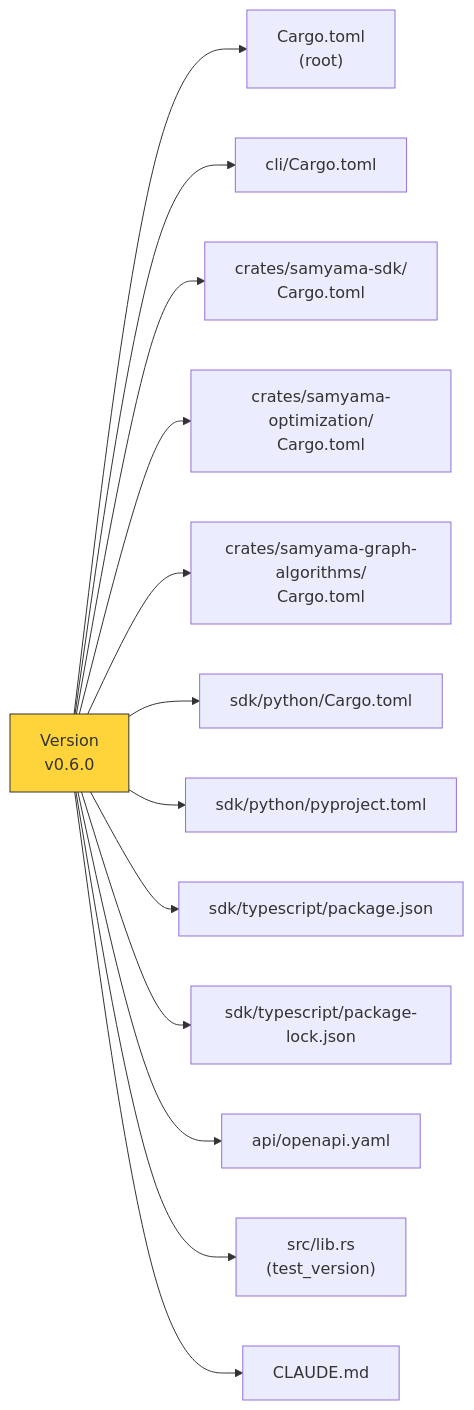
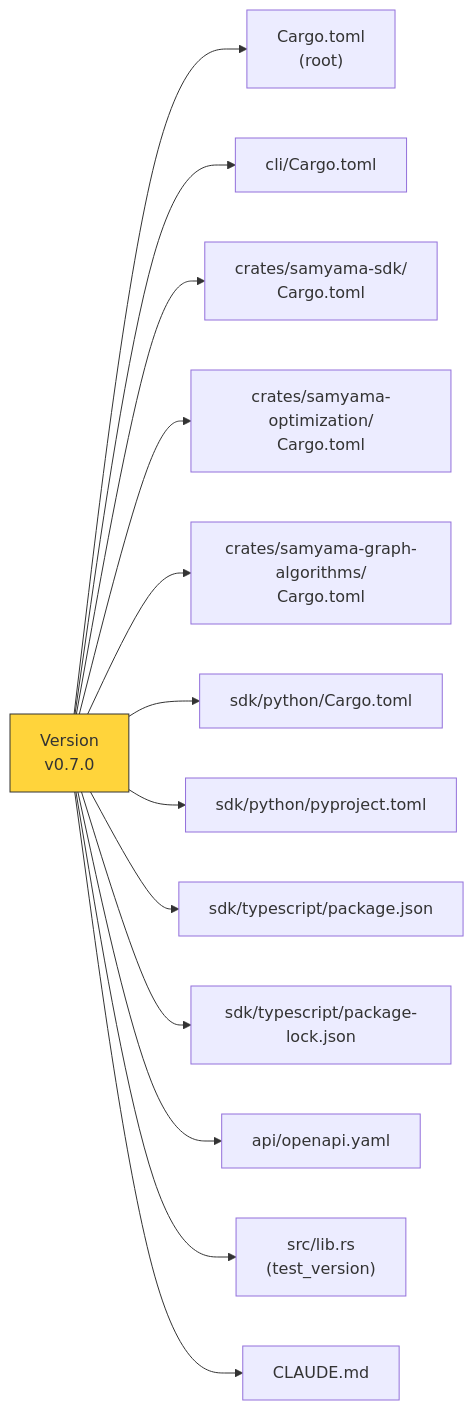
Before and after one commit to samyama-ai/samyama-graph-book: the eighth of 8 diagrams in src/ecosystem_architecture.md, drawn with Mermaid. The commit also changed 5 other files, not shown here.

````diff
--- a/src/ecosystem_architecture.md
+++ b/src/ecosystem_architecture.md
@@ -558,19 +558,19 @@
 ```mermaid
 graph LR
-    V["Version<br/>v0.6.0"]
+    V["Version<br/>v0.7.0"]
 
     V --> CT["Cargo.toml<br/>(root)"]
     V --> CLI["cli/Cargo.toml"]
     V --> SDKRS["crates/samyama-sdk/<br/>Cargo.toml"]
     V --> OPTC["crates/samyama-optimization/<br/>Cargo.toml"]
     V --> ALGOC["crates/samyama-graph-algorithms/<br/>Cargo.toml"]
     V --> PYC["sdk/python/Cargo.toml"]
     V --> PYP["sdk/python/pyproject.toml"]
     V --> TSP["sdk/typescript/package.json"]
     V --> TSL["sdk/typescript/package-lock.json"]
     V --> API["api/openapi.yaml"]
     V --> LIB["src/lib.rs<br/>(test_version)"]
     V --> CMD["CLAUDE.md"]
 
     style V fill:#ffd43b,stroke:#333
 ```
````
